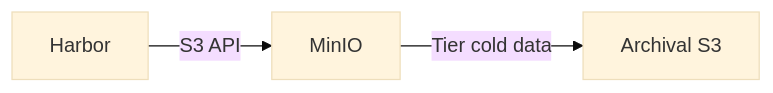
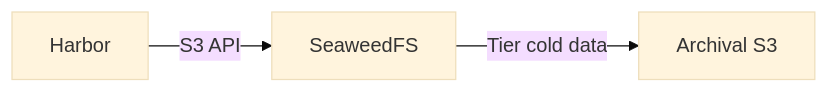
One commit to openova-io/openova changed the third of 4 diagrams in platform/harbor/README.md. Above: the diagram before and after it, drawn with Mermaid (base theme). The commit also changed other lines of this file and 31 other files, not shown here.

First line of the commit message:
docs(seaweedfs+guacamole): replace MinIO with SeaweedFS as unified S3 encapsulation; add Guacamole to bp-relay

````diff
--- a/platform/harbor/README.md
+++ b/platform/harbor/README.md
@@ -114,5 +114,5 @@
 ```mermaid
 flowchart LR
-    Harbor[Harbor] -->|"S3 API"| MinIO[MinIO]
-    MinIO -->|"Tier cold data"| Archive[Archival S3]
+    Harbor[Harbor] -->|"S3 API"| SeaweedFS[SeaweedFS]
+    SeaweedFS -->|"Tier cold data"| Archive[Archival S3]
 ```
````
